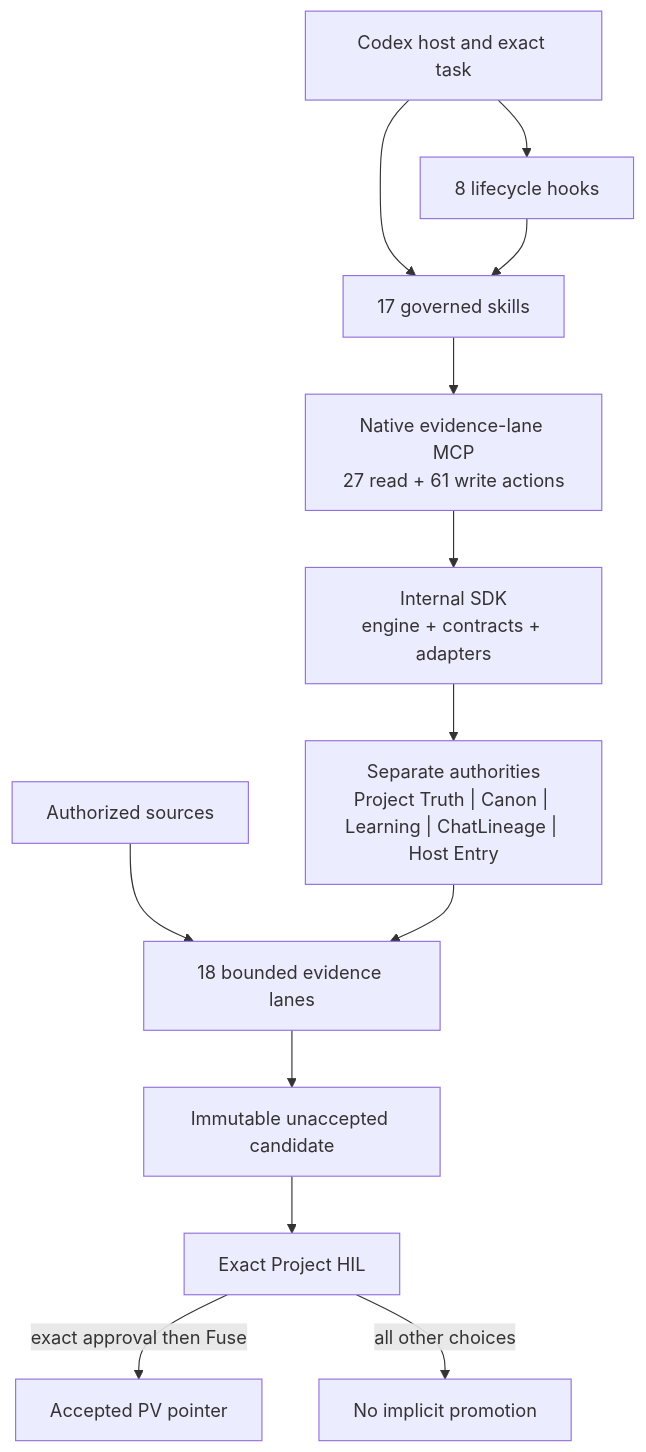
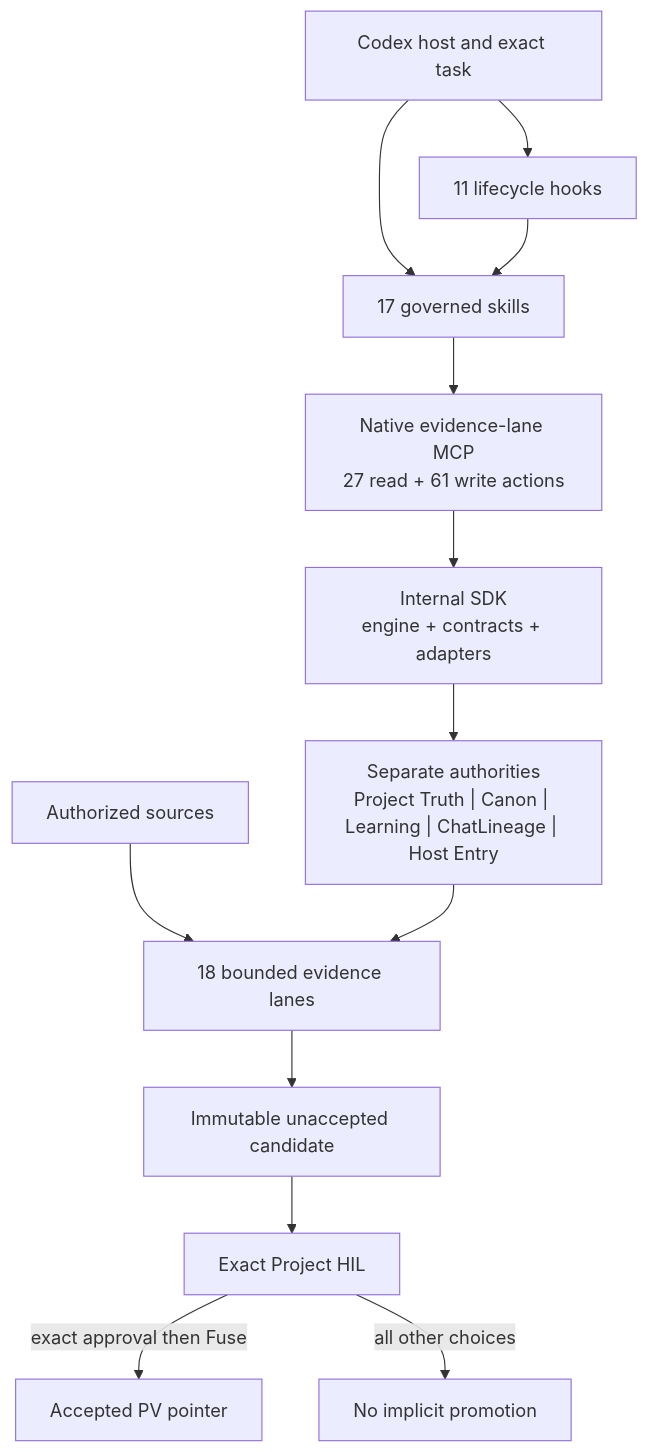
The diagram in README.md (rathee000001/evidence_lane_plugin), drawn with Mermaid before and after one commit. The commit also changed other lines of this file and 88 other files, not shown here.

````diff
--- a/README.md
+++ b/README.md
@@ -192,15 +205,15 @@
 ```mermaid
 flowchart TD
-    Host["Codex host and exact task"] --> Hooks["8 lifecycle hooks"]
+    Host["Codex host and exact task"] --> Hooks["11 lifecycle hooks"]
     Host --> Skills["17 governed skills"]
     Hooks --> Skills
     Skills --> MCP["Native evidence-lane MCP<br/>27 read + 61 write actions"]
     MCP --> SDK["Internal SDK<br/>engine + contracts + adapters"]
     SDK --> Authorities["Separate authorities<br/>Project Truth | Canon | Learning | ChatLineage | Host Entry"]
     Sources["Authorized sources"] --> Lanes["18 bounded evidence lanes"]
     Authorities --> Lanes
     Lanes --> Candidate["Immutable unaccepted candidate"]
     Candidate --> HIL["Exact Project HIL"]
     HIL -->|"exact approval then Fuse"| Pointer["Accepted PV pointer"]
     HIL -->|"all other choices"| NoPromotion["No implicit promotion"]
 ```
````
